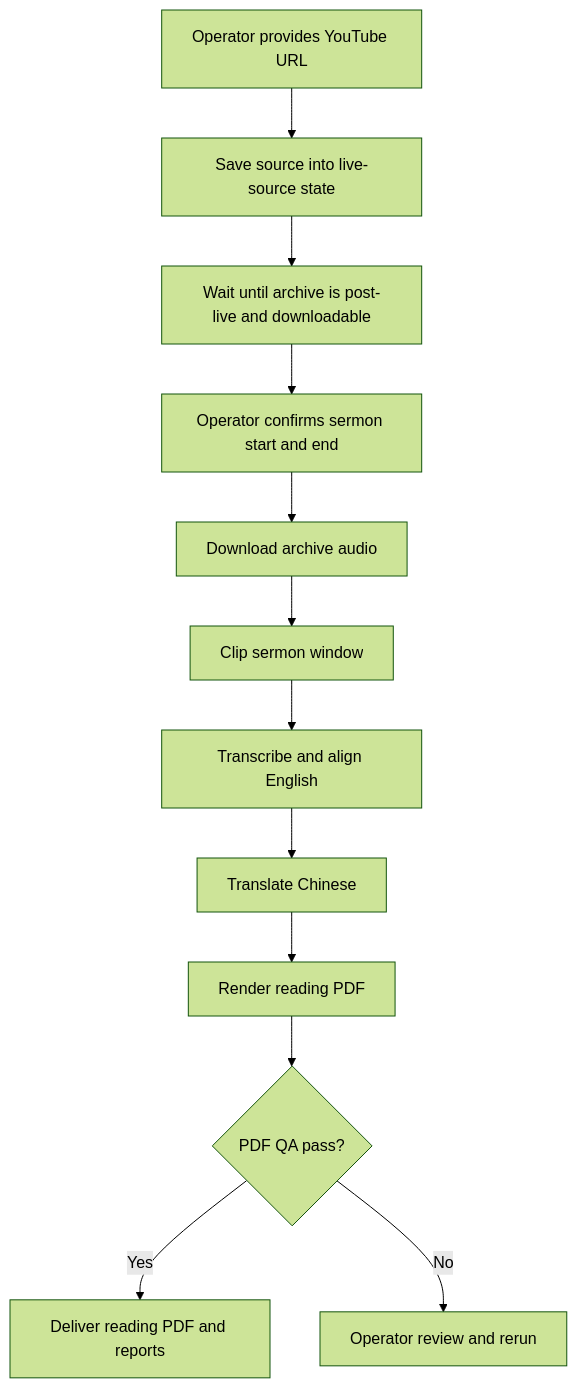
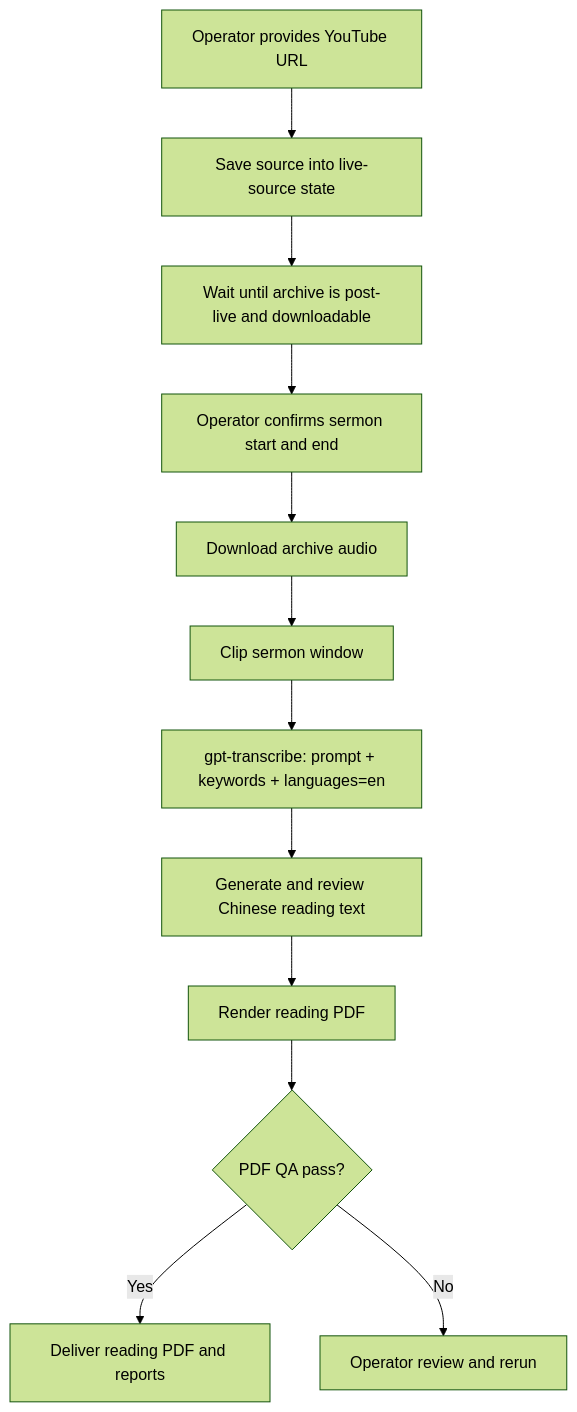
Before and after one commit to JonathanJing/sermon-video-zh-subtitles: the diagram in README.md, drawn with Mermaid (forest theme). The commit also changed other lines of this file and 19 other files, not shown here.

Commit message:
Promote gpt-transcribe reading PDF workflow

````diff
--- a/README.md
+++ b/README.md
@@ -39,14 +39,14 @@
 ```mermaid
 flowchart TD
     A[Operator provides YouTube URL] --> B[Save source into live-source state]
     B --> C[Wait until archive is post-live and downloadable]
     C --> D[Operator confirms sermon start and end]
     D --> E[Download archive audio]
     E --> F[Clip sermon window]
-    F --> G[Transcribe and align English]
-    G --> H[Translate Chinese]
+    F --> G["gpt-transcribe: prompt + keywords + languages=en"]
+    G --> H[Generate and review Chinese reading text]
     H --> I[Render reading PDF]
     I --> J{PDF QA pass?}
     J -- Yes --> K[Deliver reading PDF and reports]
     J -- No --> L[Operator review and rerun]
 ```
````
